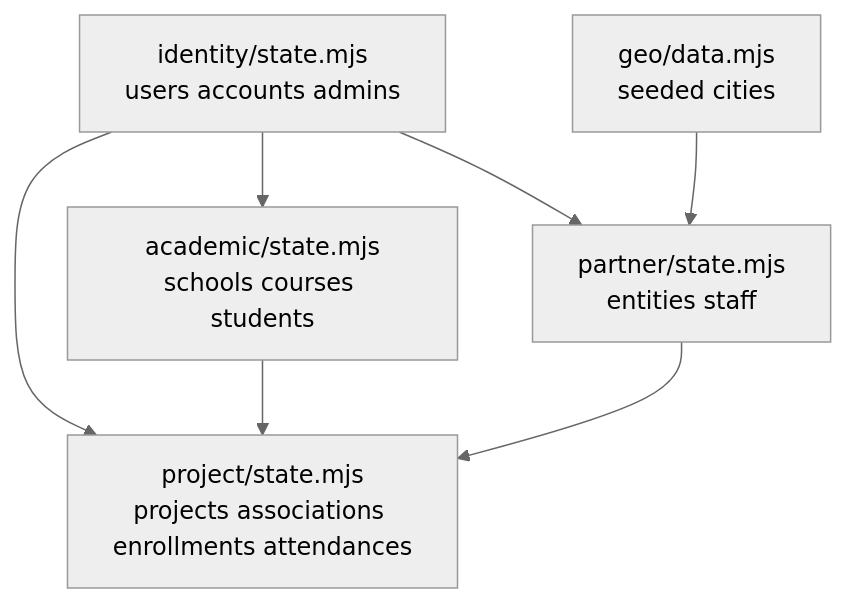
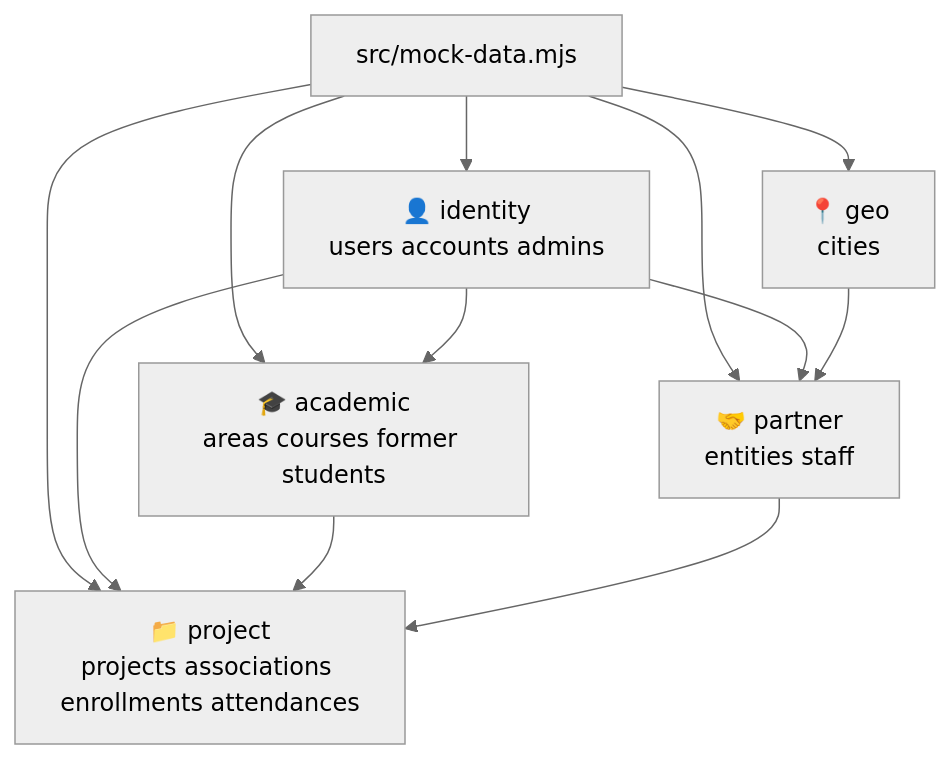
Before and after one commit to Plataforma-Universidade-Gratuita/pug-docs: the sixth of 7 diagrams in pug-mocks/README.md, drawn with Mermaid (neutral theme). The commit also changed other lines of this file and 2 other files, not shown here.

````diff
--- a/pug-mocks/README.md
+++ b/pug-mocks/README.md
@@ -215,15 +223,21 @@
 ```mermaid
 graph TD
-    ID["identity/state.mjs<br/>users accounts admins"]
-    GEO["geo/data.mjs<br/>seeded cities"]
-    AC["academic/state.mjs<br/>schools courses students"]
-    PA["partner/state.mjs<br/>entities staff"]
-    PR["project/state.mjs<br/>projects associations enrollments attendances"]
+    ID["👤 identity<br/>users accounts admins"]
+    GEO["📍 geo<br/>cities"]
+    AC["🎓 academic<br/>areas courses former students"]
+    PA["🤝 partner<br/>entities staff"]
+    PR["📁 project<br/>projects associations enrollments attendances"]
+    STORE["src/mock-data.mjs"]
 
+    STORE --> ID
+    STORE --> GEO
+    STORE --> AC
+    STORE --> PA
+    STORE --> PR
     ID --> AC
     ID --> PA
     ID --> PR
     GEO --> PA
     AC --> PR
     PA --> PR
 ```
````
